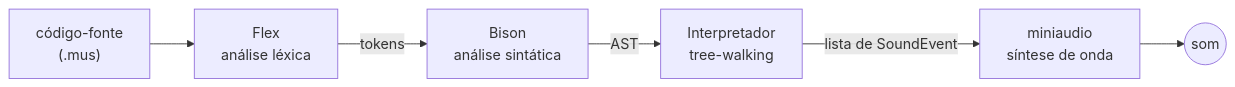
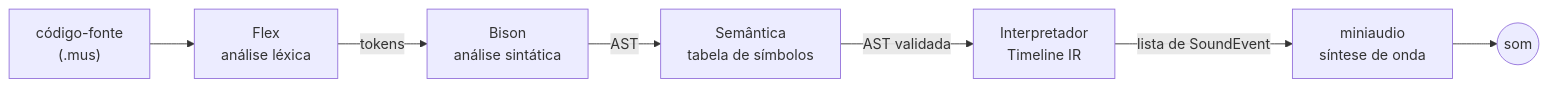
Before and after one commit to Interpretador-Musical/Grupo03-COMP01: the diagram in docs/index.md, drawn with Mermaid. The commit also changed other lines of this file and 16 other files, not shown here.

````diff
--- a/docs/index.md
+++ b/docs/index.md
@@ -41,8 +43,9 @@
 ```mermaid
 flowchart LR
   A["código-fonte<br/>(.mus)"] --> B["Flex<br/>análise léxica"]
   B -- tokens --> C["Bison<br/>análise sintática"]
-  C -- AST --> D["Interpretador<br/>tree-walking"]
-  D -- "lista de SoundEvent" --> E["miniaudio<br/>síntese de onda"]
-  E --> F(("som"))
+  C -- AST --> D["Semântica<br/>tabela de símbolos"]
+  D -- "AST validada" --> E["Interpretador<br/>Timeline IR"]
+  E -- "lista de SoundEvent" --> F["miniaudio<br/>síntese de onda"]
+  F --> G(("som"))
 ```
````
